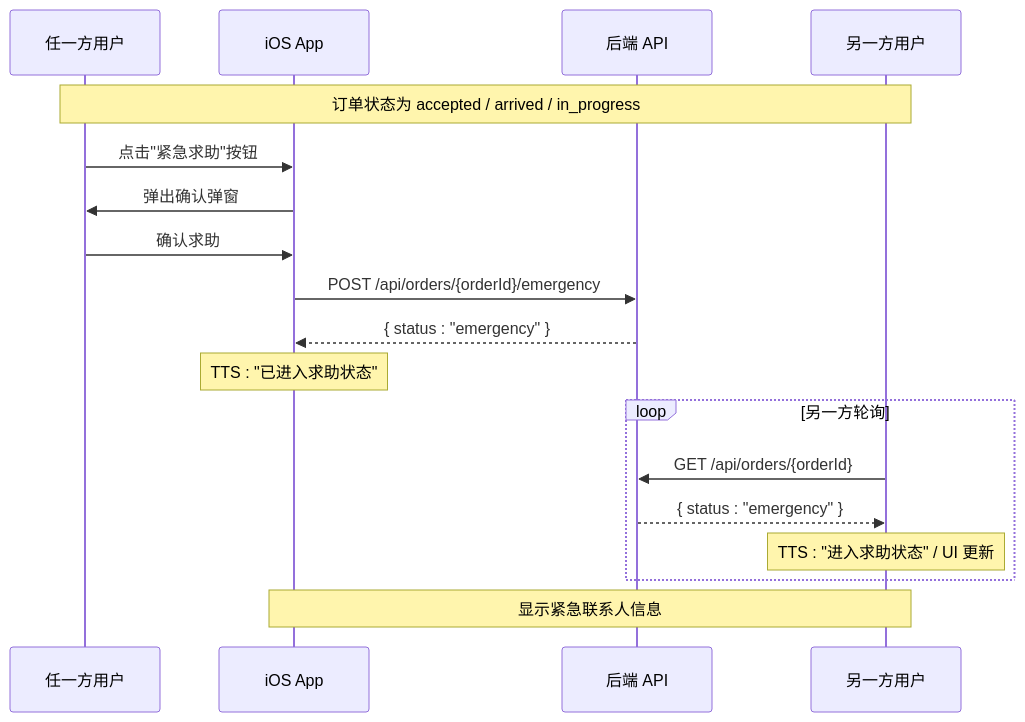
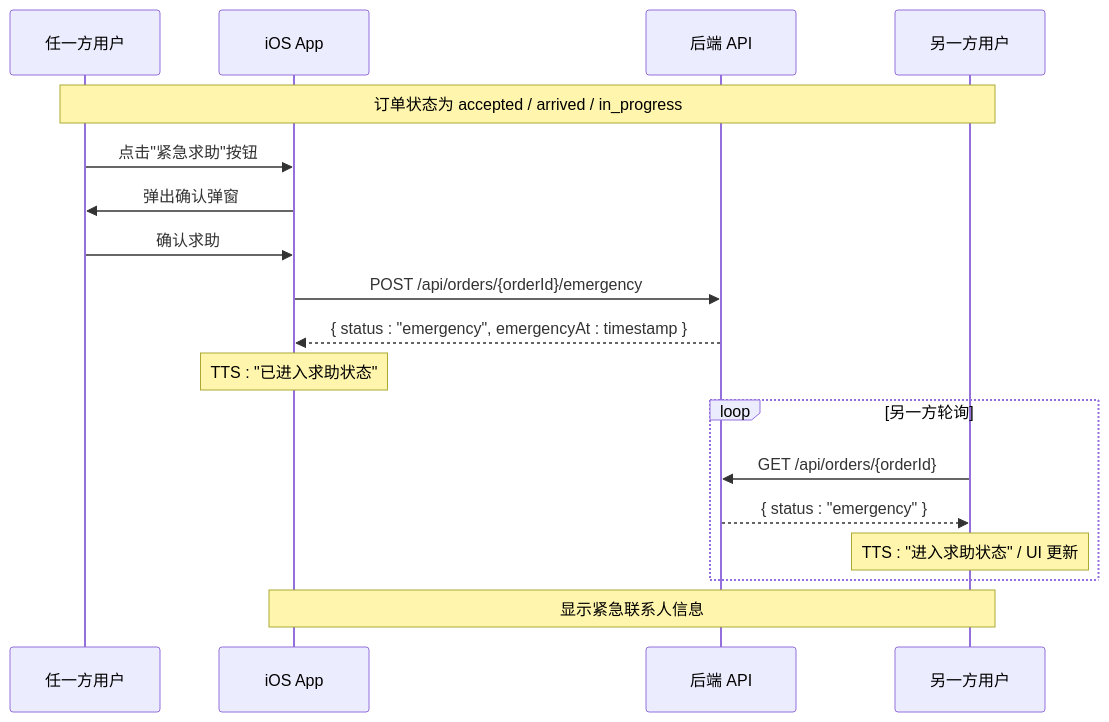
One commit to Jayden23018/blind-run-ios changed the tenth of 13 diagrams in .qoder/repowiki/zh/content/核心功能模块/订单生命周期管理.md. Above: the diagram before and after it, drawn with Mermaid. The commit also changed other lines of this file and 11 other files, not shown here.

Commit message:
Unify emergency safety flow and status handling

````diff
--- a/.qoder/repowiki/zh/content/核心功能模块/订单生命周期管理.md
+++ b/.qoder/repowiki/zh/content/核心功能模块/订单生命周期管理.md
@@ -425,20 +473,20 @@
 ```mermaid
 sequenceDiagram
 participant User as 任一方用户
 participant App as iOS App
 participant API as 后端 API
 participant Other as 另一方用户
 Note over User,Other : 订单状态为 accepted / arrived / in_progress
 User->>App : 点击"紧急求助"按钮
 App->>User : 弹出确认弹窗
 User->>App : 确认求助
 App->>API : POST /api/orders/{orderId}/emergency
-API-->>App : { status : "emergency" }
+API-->>App : { status : "emergency", emergencyAt : timestamp }
 Note over App : TTS : "已进入求助状态"
 loop 另一方轮询
 Other->>API : GET /api/orders/{orderId}
 API-->>Other : { status : "emergency" }
 Note over Other : TTS : "进入求助状态" / UI 更新
 end
 Note over App,Other : 显示紧急联系人信息
 ```
````
